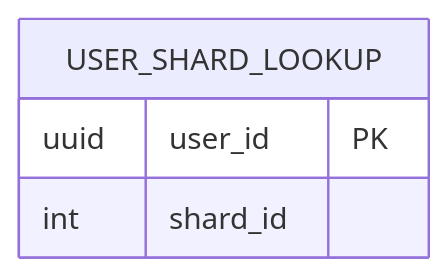
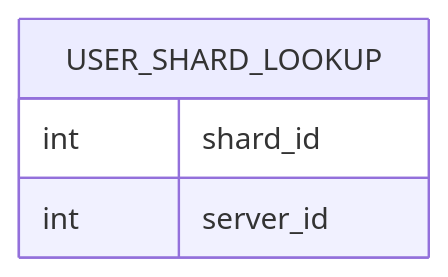
One commit to SlashLight/highload-cloud changed the third of 4 diagrams in README.md. Above: the diagram before and after it, drawn with Mermaid. The commit also changed other lines of this file, not shown here.

Commit message:
обновил физ схему

````diff
--- a/README.md
+++ b/README.md
@@ -352,8 +337,8 @@
 ```mermaid
 erDiagram
 
     USER_SHARD_LOOKUP{
-        uuid user_id PK
         int shard_id
+        int server_id
     }
 ```
````
